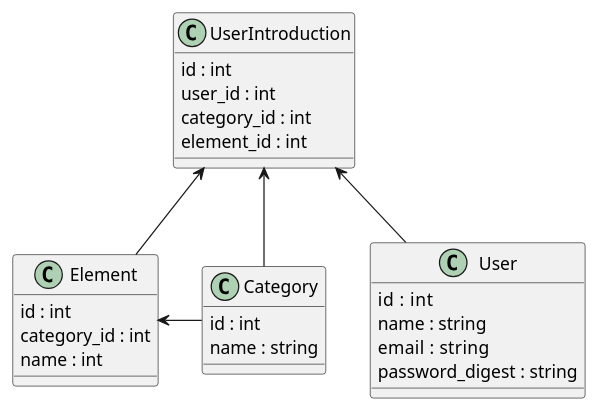
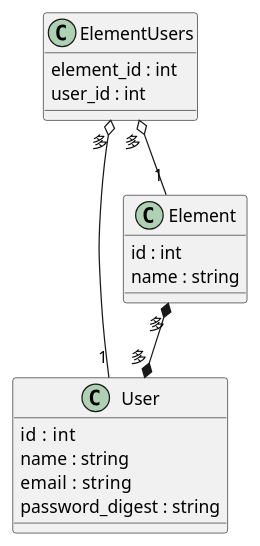
Before and after one commit to RyumaRyama/Longinus: the diagram in web/app/models/model_graf.pu, drawn with PlantUML. The commit also changed 1 other file, not shown here.

Commit message:
model図の作成

```diff
--- a/web/app/models/model_graf.pu
+++ b/web/app/models/model_graf.pu
@@ -1,31 +1,24 @@
 @startuml
 
 class User {
   id  : int
   name : string
   email  : string
   password_digest : string
 }
-class UserIntroduction {
-  id : int
+
+class ElementUsers {
+  element_id : int
   user_id : int
-  category_id : int
-  element_id : int
 }
-class Category {
+
+class Element {
   id : int
   name : string
 }
 
-class Element {
-  id : int
-  category_id : int
-  name : int
-}
-
-UserIntroduction  <--  User 
-UserIntroduction  <--  Element
-UserIntroduction  <--  Category
-Element  <-r-  Category
+ElementUsers  "多" o-- "1"  User 
+ElementUsers  "多" o-- "1"  Element 
+Element "多" *--* "多" User
 
 @enduml
```
